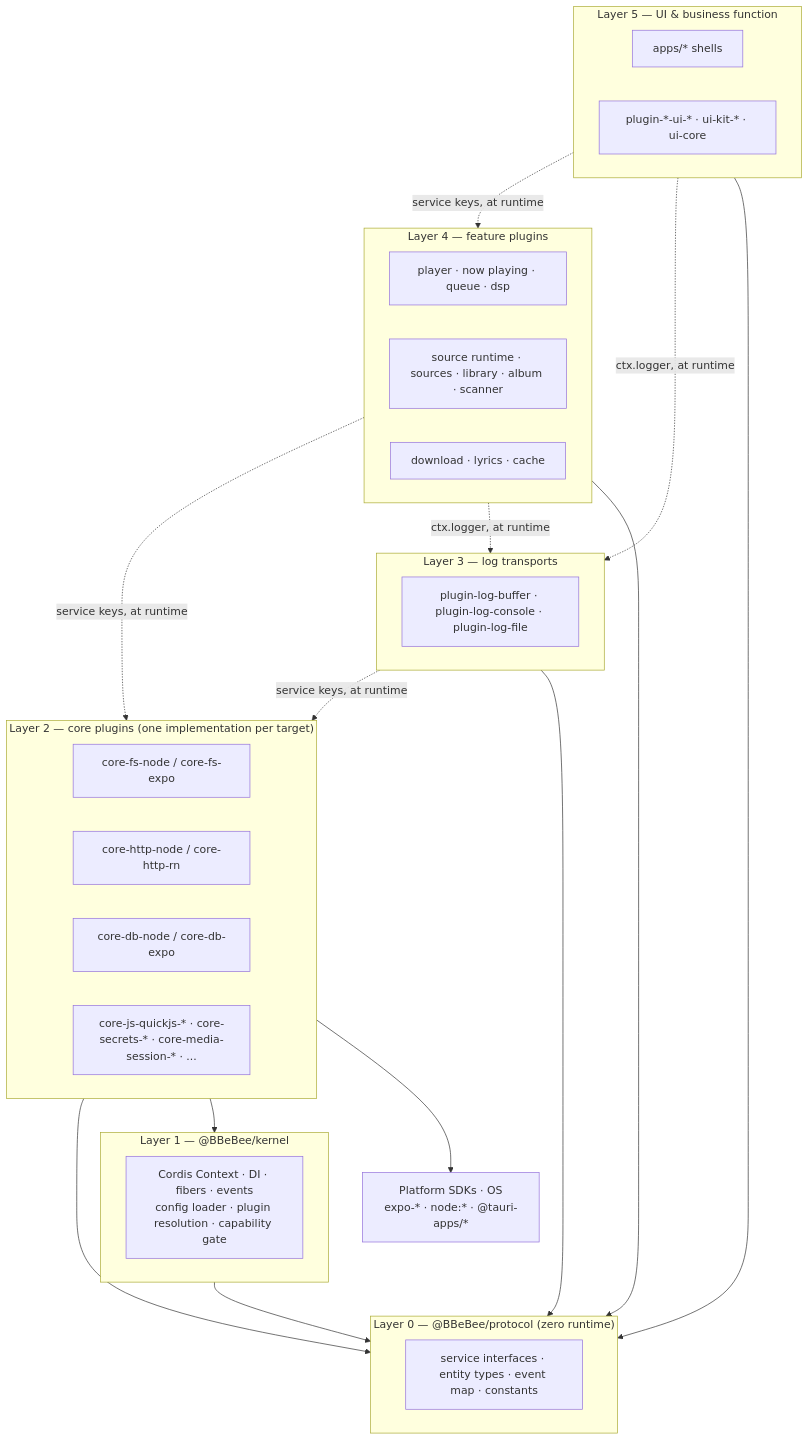
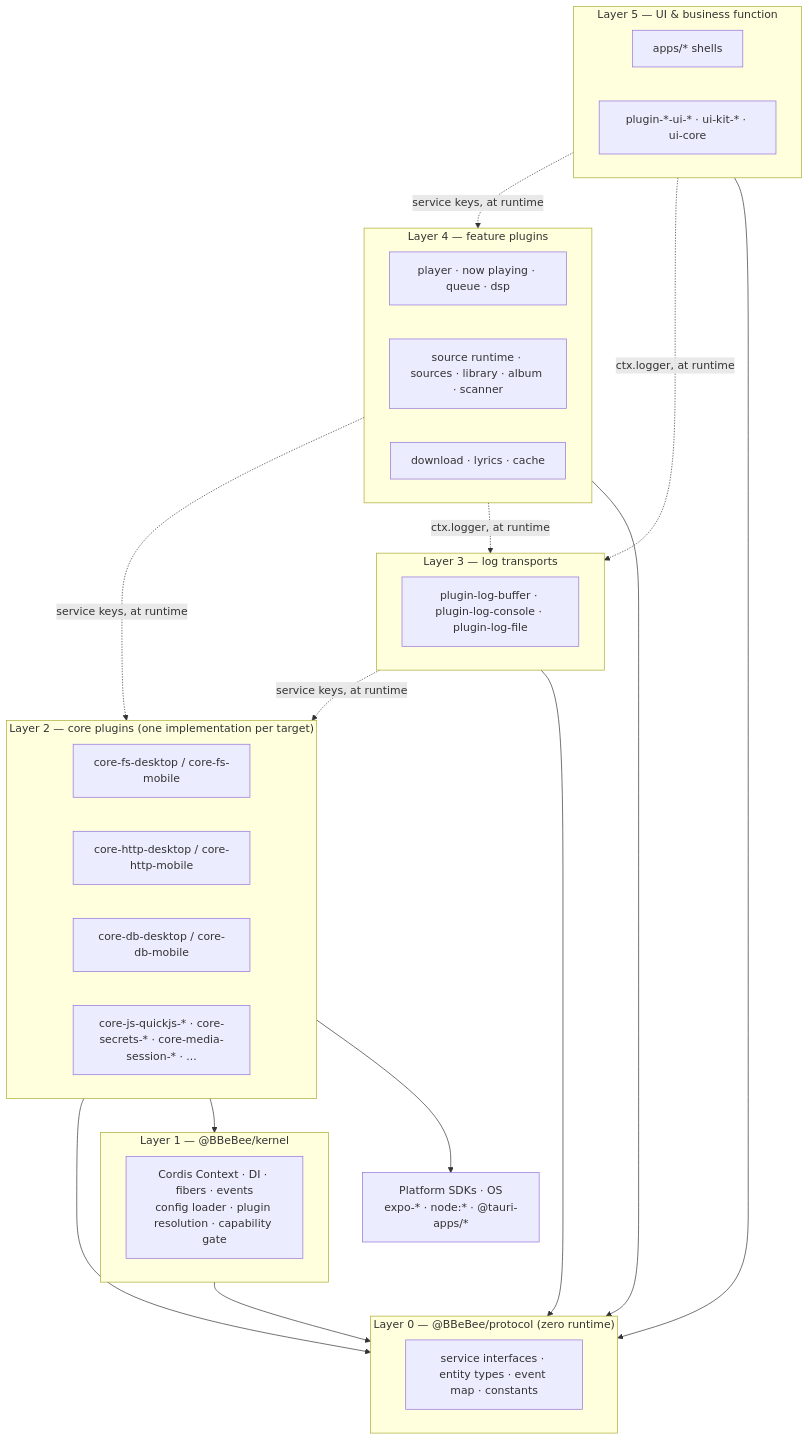
Before and after one commit to BBeBeeX/BBeBee: the first of 4 diagrams in docs/architecture/layers.md, drawn with Mermaid. The commit also changed other lines of this file and 317 other files, not shown here.

First line of the commit message:
feat(core-secrets): add mobile secrets management using expo-secure-store

````diff
--- a/docs/architecture/layers.md
+++ b/docs/architecture/layers.md
@@ -109,41 +109,41 @@
 ```mermaid
 flowchart TD
     subgraph L5["Layer 5 — UI & business function"]
         S["apps/* shells"]
         V["plugin-*-ui-* · ui-kit-* · ui-core"]
     end
     subgraph L4["Layer 4 — feature plugins"]
         F1["player · now playing · queue · dsp"]
         F2["source runtime · sources · library · album · scanner"]
         F3["download · lyrics · cache"]
     end
     subgraph L3["Layer 3 — log transports"]
         G["plugin-log-buffer · plugin-log-console · plugin-log-file"]
     end
     subgraph L2["Layer 2 — core plugins (one implementation per target)"]
-        C1["core-fs-node / core-fs-expo"]
-        C2["core-http-node / core-http-rn"]
-        C3["core-db-node / core-db-expo"]
+        C1["core-fs-desktop / core-fs-mobile"]
+        C2["core-http-desktop / core-http-mobile"]
+        C3["core-db-desktop / core-db-mobile"]
         C4["core-js-quickjs-* · core-secrets-* · core-media-session-* · ..."]
     end
     subgraph L1["Layer 1 — @BBeBee/kernel"]
         K["Cordis Context · DI · fibers · events<br/>config loader · plugin resolution · capability gate"]
     end
     subgraph L0["Layer 0 — @BBeBee/protocol (zero runtime)"]
         P["service interfaces · entity types · event map · constants"]
     end
     SYS["Platform SDKs · OS<br/>expo-* · node:* · @tauri-apps/*"]
 
     L5 -.->|"service keys, at runtime"| L4
     L5 -.->|"ctx.logger, at runtime"| L3
     L4 -.->|"service keys, at runtime"| L2
     L4 -.->|"ctx.logger, at runtime"| L3
     L3 -.->|"service keys, at runtime"| L2
     L5 --> L0
     L4 --> L0
     L3 --> L0
     L2 --> L0
     L1 --> L0
     L2 --> L1
     L2 --> SYS
 ```
````
